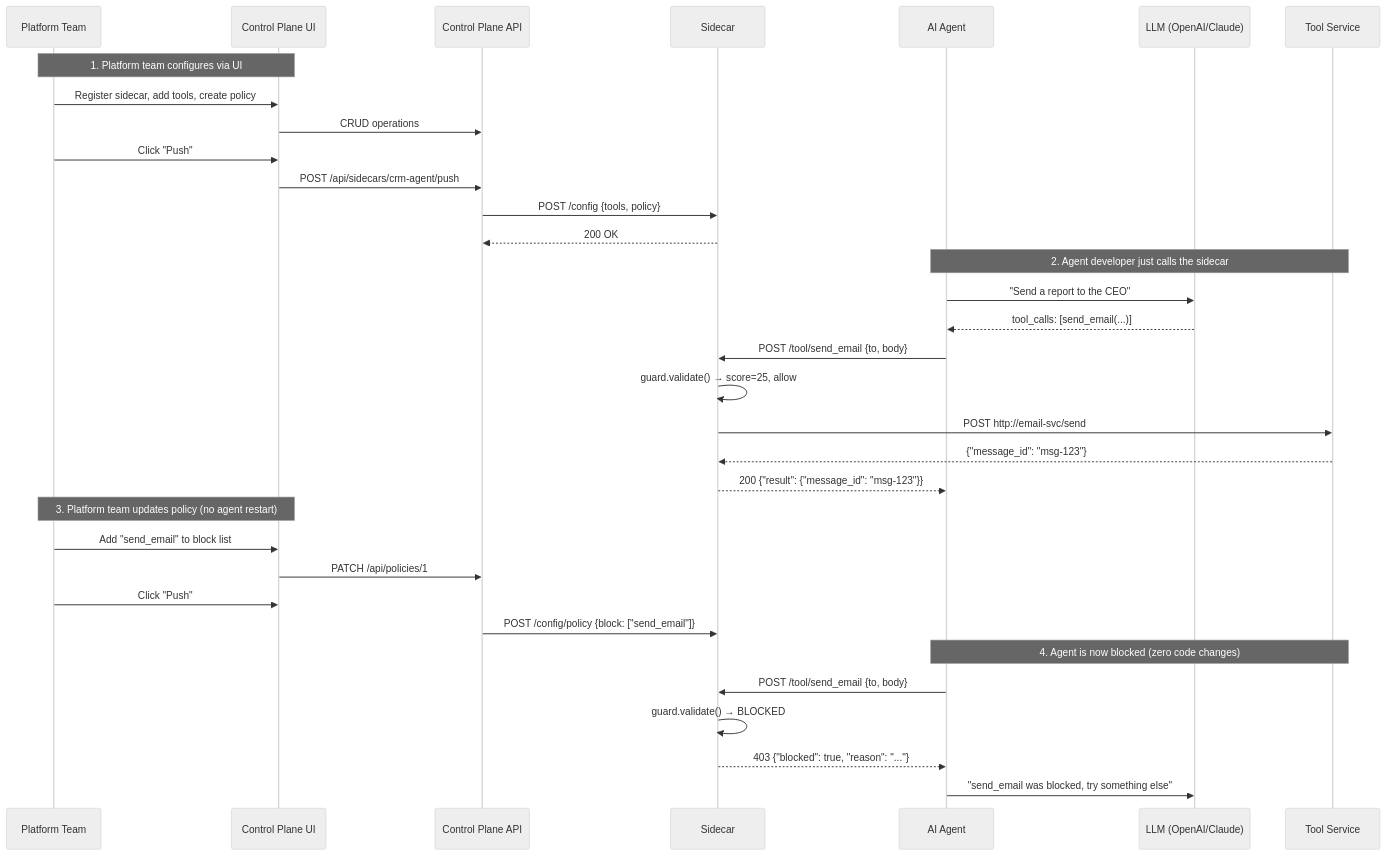
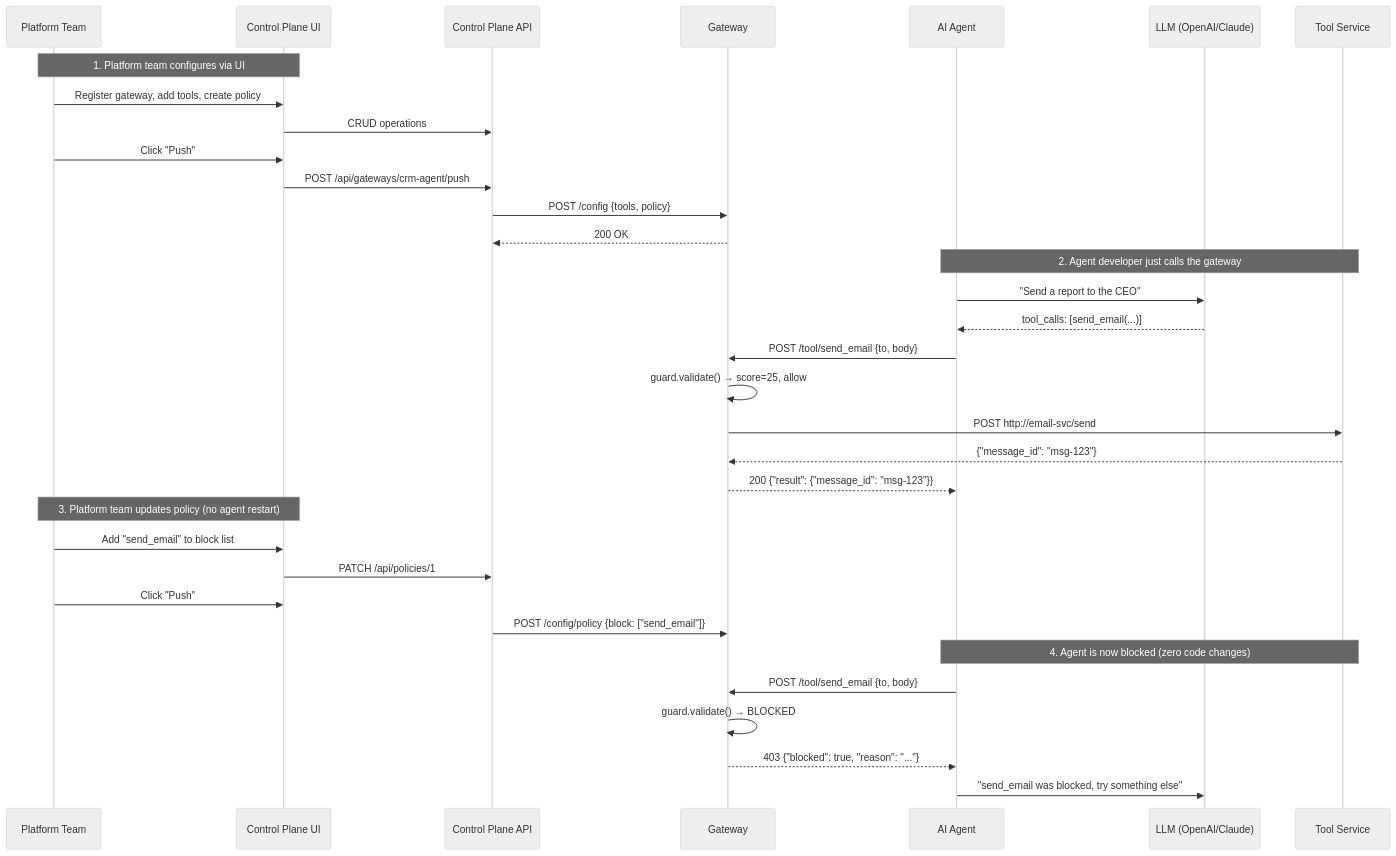
Before and after one commit to hk-775/ostiari: the fourth of 13 diagrams in control-plane/docs/getting-started.md, drawn with Mermaid (neutral theme). The commit also changed other lines of this file and 21 other files, not shown here.

````diff
--- a/control-plane/docs/getting-started.md
+++ b/control-plane/docs/getting-started.md
@@ -610,43 +726,43 @@
 ```mermaid
 sequenceDiagram
     participant Dev as Platform Team
     participant UI as Control Plane UI
     participant API as Control Plane API
-    participant SC as Sidecar
+    participant SC as Gateway
     participant Agent as AI Agent
     participant LLM as LLM (OpenAI/Claude)
     participant Tool as Tool Service
 
     Note over Dev,UI: 1. Platform team configures via UI
 
-    Dev->>UI: Register sidecar, add tools, create policy
+    Dev->>UI: Register gateway, add tools, create policy
     UI->>API: CRUD operations
     Dev->>UI: Click "Push"
-    UI->>API: POST /api/sidecars/crm-agent/push
+    UI->>API: POST /api/gateways/crm-agent/push
     API->>SC: POST /config {tools, policy}
     SC-->>API: 200 OK
 
-    Note over Agent,Tool: 2. Agent developer just calls the sidecar
+    Note over Agent,Tool: 2. Agent developer just calls the gateway
 
     Agent->>LLM: "Send a report to the CEO"
     LLM-->>Agent: tool_calls: [send_email(...)]
     Agent->>SC: POST /tool/send_email {to, body}
     SC->>SC: guard.validate() → score=25, allow
     SC->>Tool: POST http://email-svc/send
     Tool-->>SC: {"message_id": "msg-123"}
     SC-->>Agent: 200 {"result": {"message_id": "msg-123"}}
 
     Note over Dev,UI: 3. Platform team updates policy (no agent restart)
 
     Dev->>UI: Add "send_email" to block list
     UI->>API: PATCH /api/policies/1
     Dev->>UI: Click "Push"
     API->>SC: POST /config/policy {block: ["send_email"]}
 
     Note over Agent,Tool: 4. Agent is now blocked (zero code changes)
 
     Agent->>SC: POST /tool/send_email {to, body}
     SC->>SC: guard.validate() → BLOCKED
     SC-->>Agent: 403 {"blocked": true, "reason": "..."}
     Agent->>LLM: "send_email was blocked, try something else"
 ```
````
